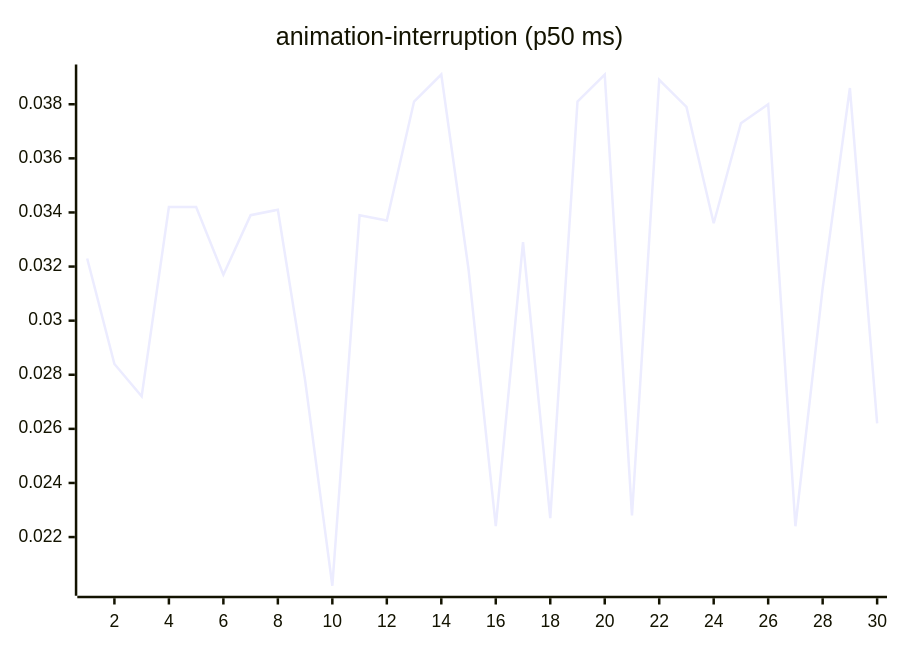
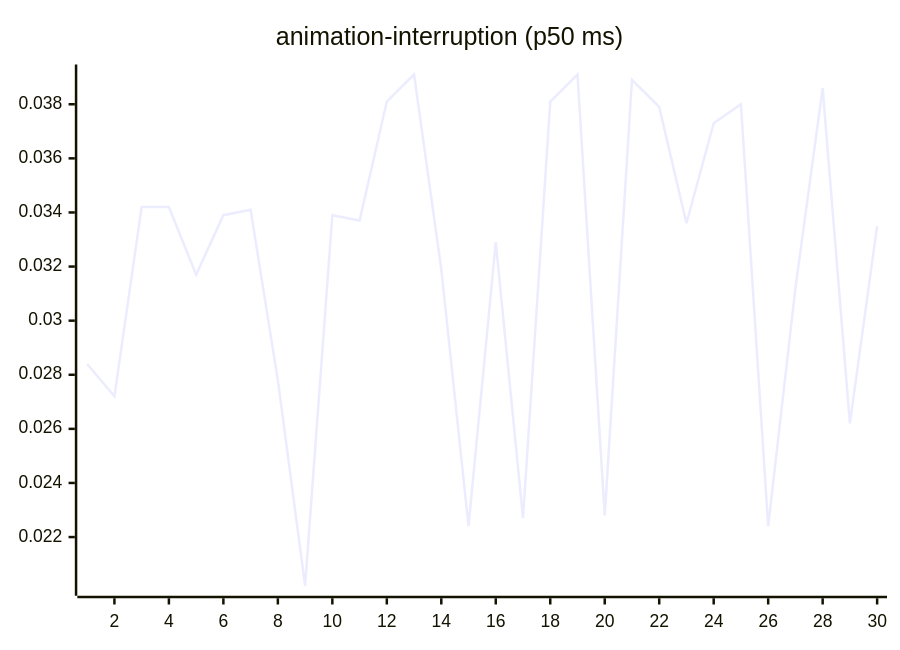
Before and after one commit to josha/Facet: the third of 27 diagrams in README.md, drawn with Mermaid. The commit also changed other lines of this file and 2 other files, not shown here.

````diff
--- a/README.md
+++ b/README.md
@@ -77,6 +77,6 @@
 ```mermaid
 xychart-beta
     title "animation-interruption (p50 ms)"
     x-axis 1 --> 30
-    line [0.0323, 0.0284, 0.0272, 0.0342, 0.0342, 0.0317, 0.0339, 0.0341, 0.0278, 0.0202, 0.0339, 0.0337, 0.0381, 0.0391, 0.0319, 0.0224, 0.0329, 0.0227, 0.0381, 0.0391, 0.0228, 0.0389, 0.0379, 0.0336, 0.0373, 0.0380, 0.0224, 0.0312, 0.0386, 0.0262]
+    line [0.0284, 0.0272, 0.0342, 0.0342, 0.0317, 0.0339, 0.0341, 0.0278, 0.0202, 0.0339, 0.0337, 0.0381, 0.0391, 0.0319, 0.0224, 0.0329, 0.0227, 0.0381, 0.0391, 0.0228, 0.0389, 0.0379, 0.0336, 0.0373, 0.0380, 0.0224, 0.0312, 0.0386, 0.0262, 0.0335]
 ```
````
